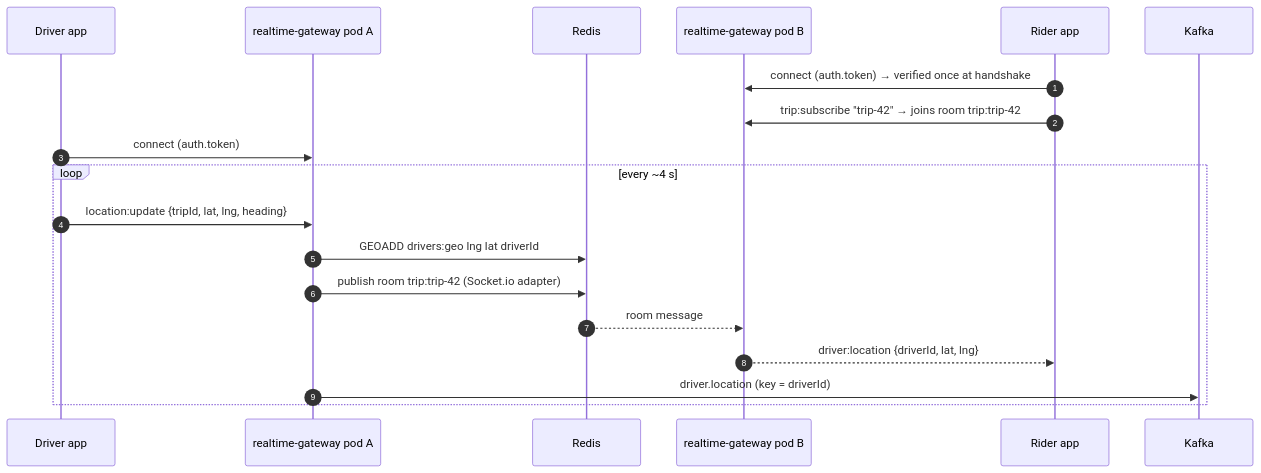
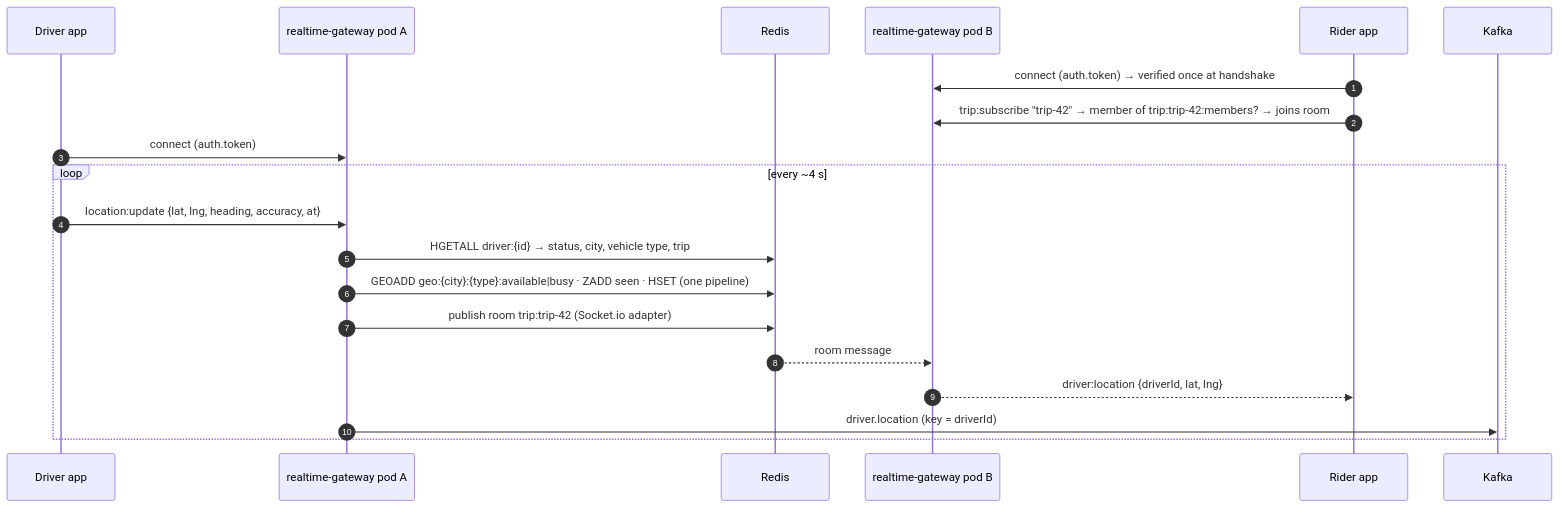
One commit to beab1212/Anbessa changed the seventh of 17 diagrams in docs/architecture/overview.md. Above: the diagram before and after it, drawn with Mermaid. The commit also changed other lines of this file and 67 other files, not shown here.

````diff
--- a/docs/architecture/overview.md
+++ b/docs/architecture/overview.md
@@ -299,22 +299,23 @@
 ```mermaid
 sequenceDiagram
   autonumber
   participant D as Driver app
   participant GA as realtime-gateway pod A
   participant Redis
   participant GB as realtime-gateway pod B
   participant R as Rider app
   participant K as Kafka
 
   R->>GB: connect (auth.token) → verified once at handshake
-  R->>GB: trip:subscribe "trip-42" → joins room trip:trip-42
+  R->>GB: trip:subscribe "trip-42" → member of trip:trip-42:members? → joins room
   D->>GA: connect (auth.token)
   loop every ~4 s
-    D->>GA: location:update {tripId, lat, lng, heading}
-    GA->>Redis: GEOADD drivers:geo lng lat driverId
+    D->>GA: location:update {lat, lng, heading, accuracy, at}
+    GA->>Redis: HGETALL driver:{id} → status, city, vehicle type, trip
+    GA->>Redis: GEOADD geo:{city}:{type}:available|busy · ZADD seen · HSET (one pipeline)
     GA->>Redis: publish room trip:trip-42 (Socket.io adapter)
     Redis-->>GB: room message
     GB-->>R: driver:location {driverId, lat, lng}
     GA->>K: driver.location (key = driverId)
   end
 ```
````
